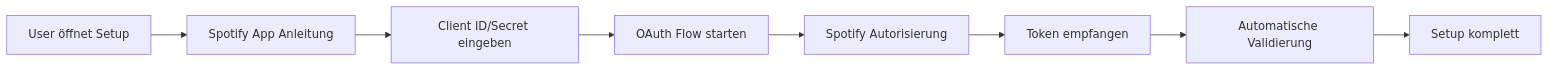
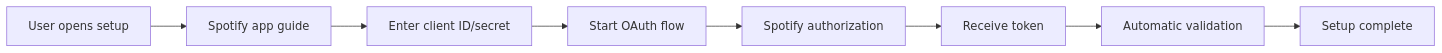
The diagram in docs/ROADMAP_CONFIG_MANAGEMENT.md (phobo-at/SpotiPi), drawn with Mermaid before and after one commit. The commit also changed other lines of this file and 29 other files, not shown here.

````diff
--- a/docs/ROADMAP_CONFIG_MANAGEMENT.md
+++ b/docs/ROADMAP_CONFIG_MANAGEMENT.md
@@ -78,10 +78,10 @@
 ```mermaid
 graph LR
-    A[User öffnet Setup] --> B[Spotify App Anleitung]
-    B --> C[Client ID/Secret eingeben]
-    C --> D[OAuth Flow starten]
-    D --> E[Spotify Autorisierung]
-    E --> F[Token empfangen]
-    F --> G[Automatische Validierung]
-    G --> H[Setup komplett]
+    A[User opens setup] --> B[Spotify app guide]
+    B --> C[Enter client ID/secret]
+    C --> D[Start OAuth flow]
+    D --> E[Spotify authorization]
+    E --> F[Receive token]
+    F --> G[Automatic validation]
+    G --> H[Setup complete]
 ```
````
